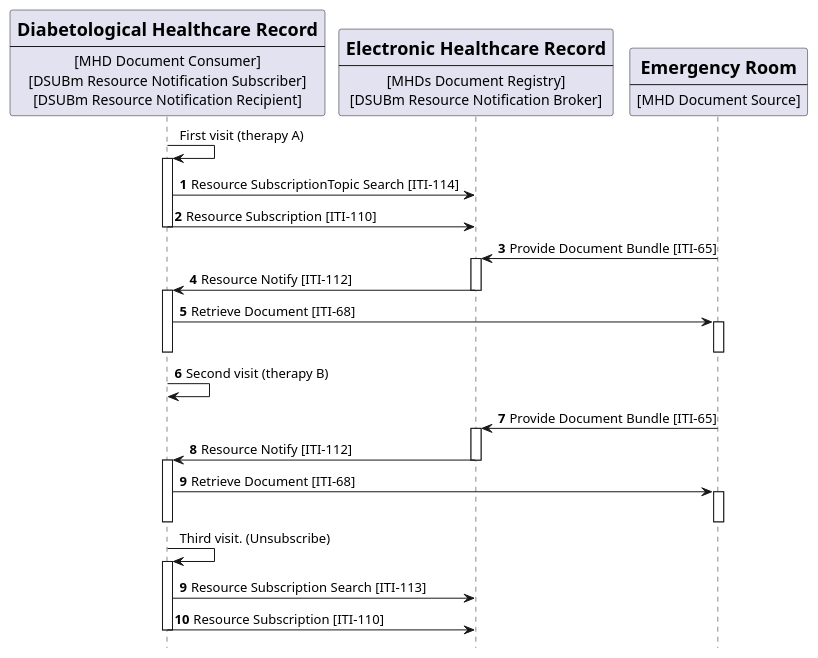
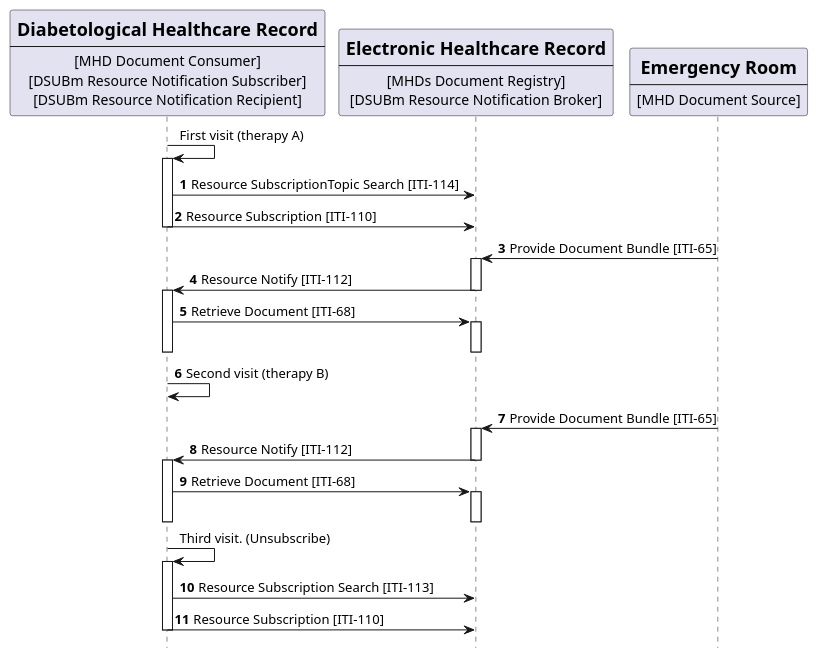
Before and after one commit to IHE/ITI.DSUBm: the diagram in input/images-source/usecase2-processflow.plantuml, drawn with PlantUML. The commit also changed 1 other file, not shown here.

```diff
--- a/input/images-source/usecase2-processflow.plantuml
+++ b/input/images-source/usecase2-processflow.plantuml
@@ -1,67 +1,71 @@
 @startuml
 skinparam svgDimensionStyle false
 hide footbox
 /'title "Folder Subscription with DSUBm on MHDs infrastructure" '/
 
 participant DHR [
     = Diabetological Healthcare Record
     ----
     [MHD Document Consumer]
     [DSUBm Resource Notification Subscriber]
     [DSUBm Resource Notification Recipient]
 ] 
 
 
 
 participant Central [
     =Electronic Healthcare Record
     ----
     [MHDs Document Registry]
     [DSUBm Resource Notification Broker]
 ] 
 
 participant ER [
     =Emergency Room
     ----
     [MHD Document Source]
 ] 
 
 
 
 
 DHR -> DHR: First visit (therapy A)
 autonumber "<b>"
 activate DHR
 DHR -> Central: Resource SubscriptionTopic Search [ITI-114]
 DHR -> Central: Resource Subscription [ITI-110]
 deactivate DHR
 ER->Central:  Provide Document Bundle [ITI-65]
 activate Central 
 Central -> DHR: Resource Notify [ITI-112]
 deactivate Central
 activate DHR
-DHR -> ER: Retrieve Document [ITI-68]
-activate ER
-deactivate ER
+
+DHR -> Central: Retrieve Document [ITI-68]
+activate Central
 deactivate DHR 
+deactivate Central
+
 
 DHR -> DHR: Second visit (therapy B)
 ER->Central:  Provide Document Bundle [ITI-65]
 activate Central 
 Central -> DHR: Resource Notify [ITI-112]
 deactivate Central
 activate DHR
 
-DHR -> ER: Retrieve Document [ITI-68]
-activate ER
-deactivate ER
+DHR -> Central: Retrieve Document [ITI-68]
+
+activate Central
 deactivate DHR 
+deactivate Central
+
 autonumber stop 
 DHR -> DHR: Third visit. (Unsubscribe)
 activate DHR
-autonumber 9 "<b>"
+autonumber 10 "<b>"
 DHR -> Central: Resource Subscription Search [ITI-113]
 DHR -> Central: Resource Subscription [ITI-110]	
 deactivate DHR
 
 @enduml
```
